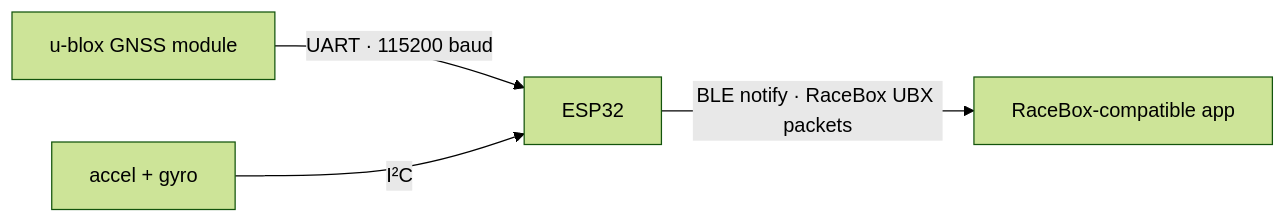
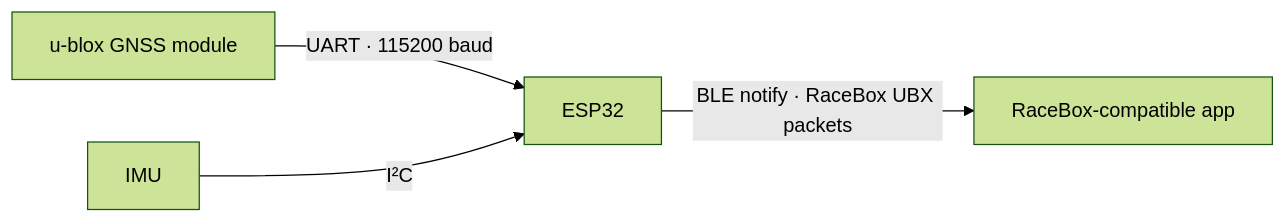
Before and after one commit to c20d-us/Gnimu: the diagram in src/Gnimu-ESP32/README.md, drawn with Mermaid (forest theme). The commit also changed other lines of this file and 2 other files, not shown here.

````diff
--- a/src/Gnimu-ESP32/README.md
+++ b/src/Gnimu-ESP32/README.md
@@ -16,6 +16,6 @@
 ```mermaid
 flowchart LR
     GNSS["u-blox GNSS module"] -- "UART · 115200 baud" --> ESP32["ESP32"]
-    IMU["accel + gyro"] -- "I²C" --> ESP32
+    IMU["IMU"] -- "I²C" --> ESP32
     ESP32 -- "BLE notify · RaceBox UBX packets" --> App["RaceBox-compatible app"]
 ```
````
